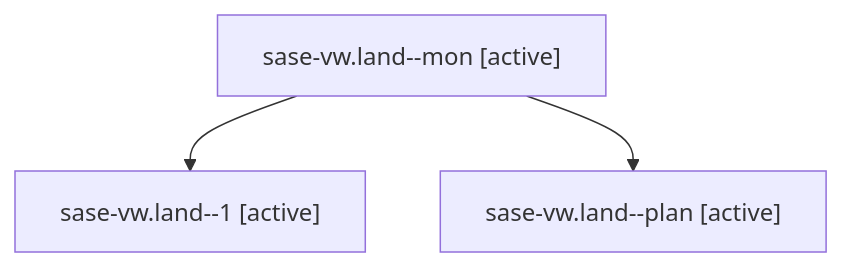
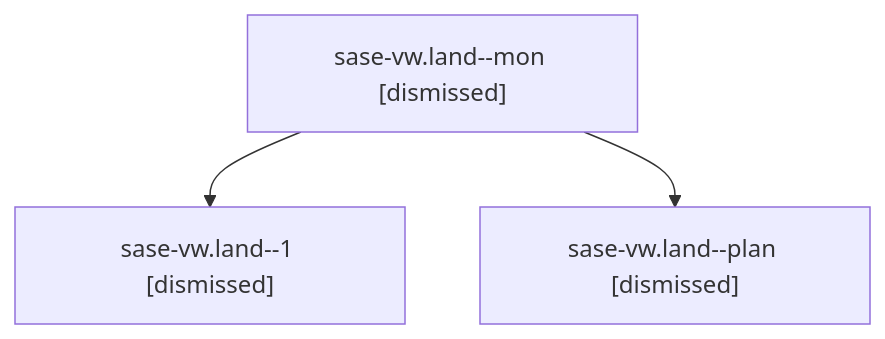
One commit to sase-org/sase--agents changed the diagram in sessions/bbugyi200.athena.sase-vw.land.md. Above: the diagram before and after it, drawn with Mermaid. The commit also changed other lines of this file and 79 other files, not shown here.

````diff
--- a/sessions/bbugyi200.athena.sase-vw.land.md
+++ b/sessions/bbugyi200.athena.sase-vw.land.md
@@ -9,8 +9,8 @@
 ```mermaid
 flowchart TD
-  n0["sase-vw.land--mon [active]"]
-  n1["sase-vw.land--1 [active]"]
+  n0["sase-vw.land--mon [dismissed]"]
+  n1["sase-vw.land--1 [dismissed]"]
   n0 --> n1
-  n2["sase-vw.land--plan [active]"]
+  n2["sase-vw.land--plan [dismissed]"]
   n0 --> n2
 ```
````
